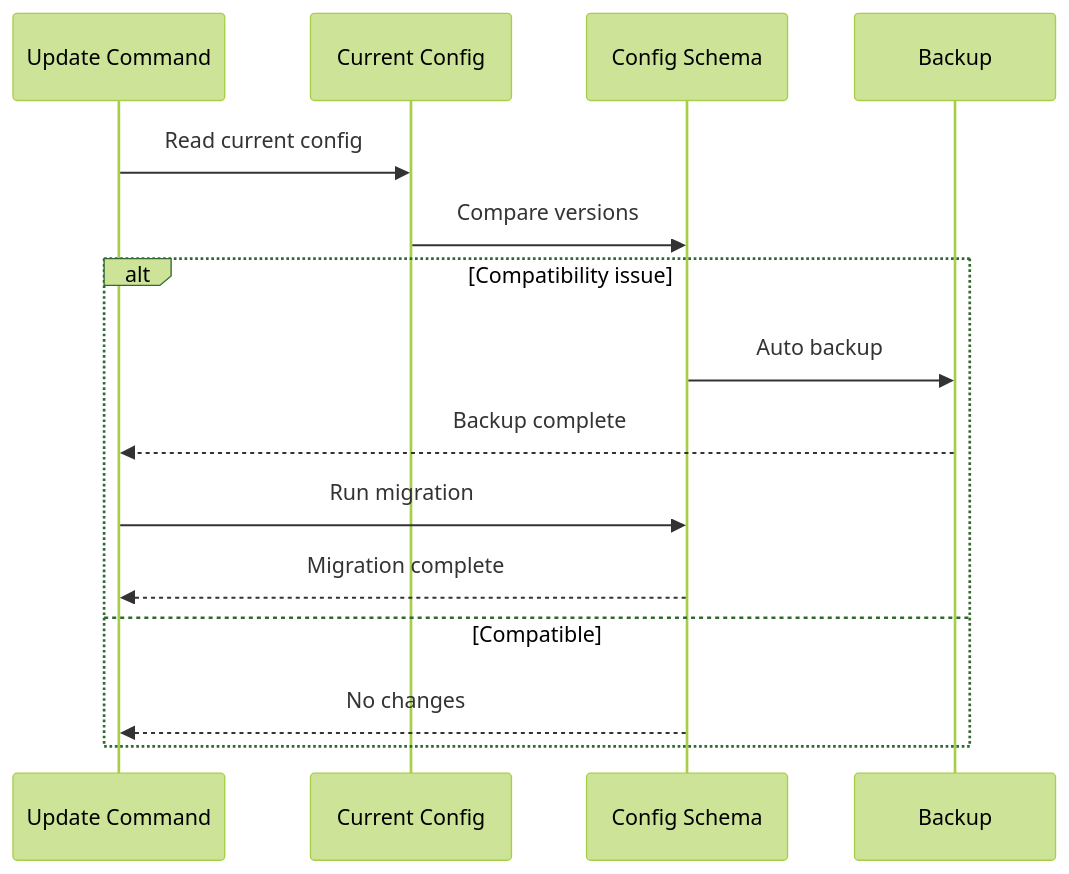
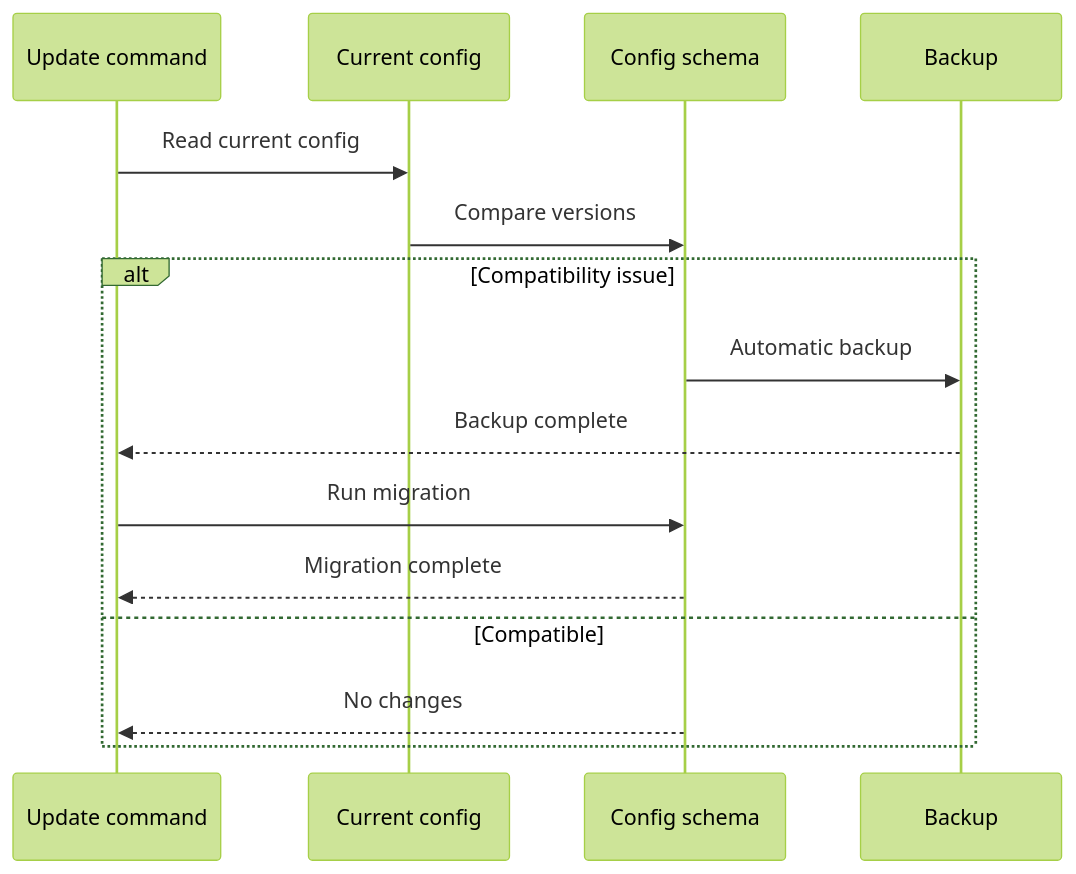
Before and after one commit to modu-ai/moai-adk: the second of 3 diagrams in docs-site/content/en/getting-started/update.md, drawn with Mermaid (forest theme). The commit also changed other lines of this file and 395 other files, not shown here.

````diff
--- a/docs-site/content/en/getting-started/update.md
+++ b/docs-site/content/en/getting-started/update.md
@@ -118,18 +118,18 @@
 ```mermaid
 sequenceDiagram
-    participant Update as Update Command
-    participant Current as Current Config
-    participant Schema as Config Schema
+    participant Update as Update command
+    participant Current as Current config
+    participant Schema as Config schema
     participant Backup as Backup
 
     Update->>Current: Read current config
     Current->>Schema: Compare versions
     alt Compatibility issue
-        Schema->>Backup: Auto backup
+        Schema->>Backup: Automatic backup
         Backup-->>Update: Backup complete
         Update->>Schema: Run migration
         Schema-->>Update: Migration complete
     else Compatible
         Schema-->>Update: No changes
     end
 ```
````
